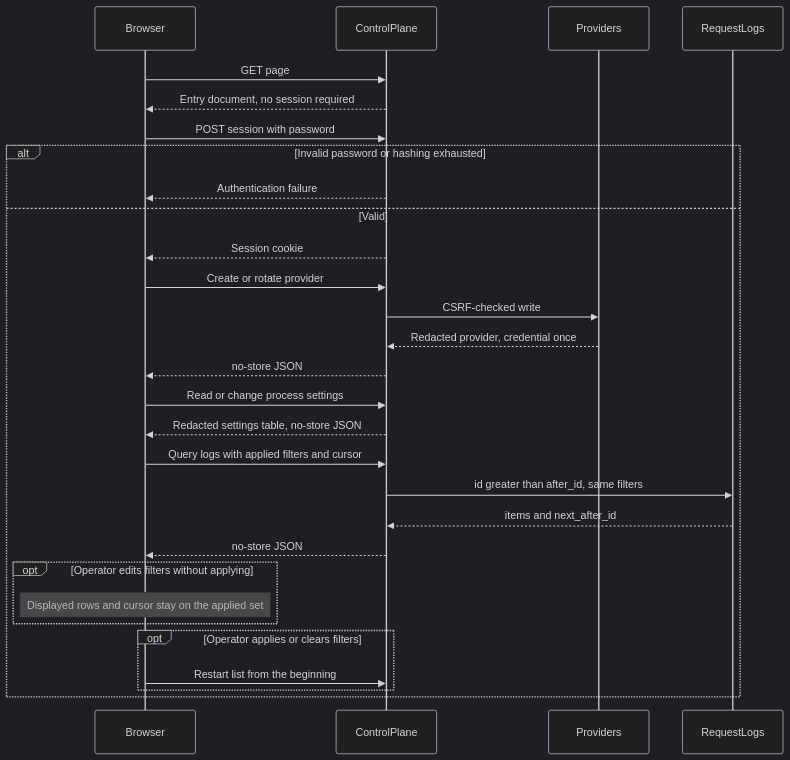
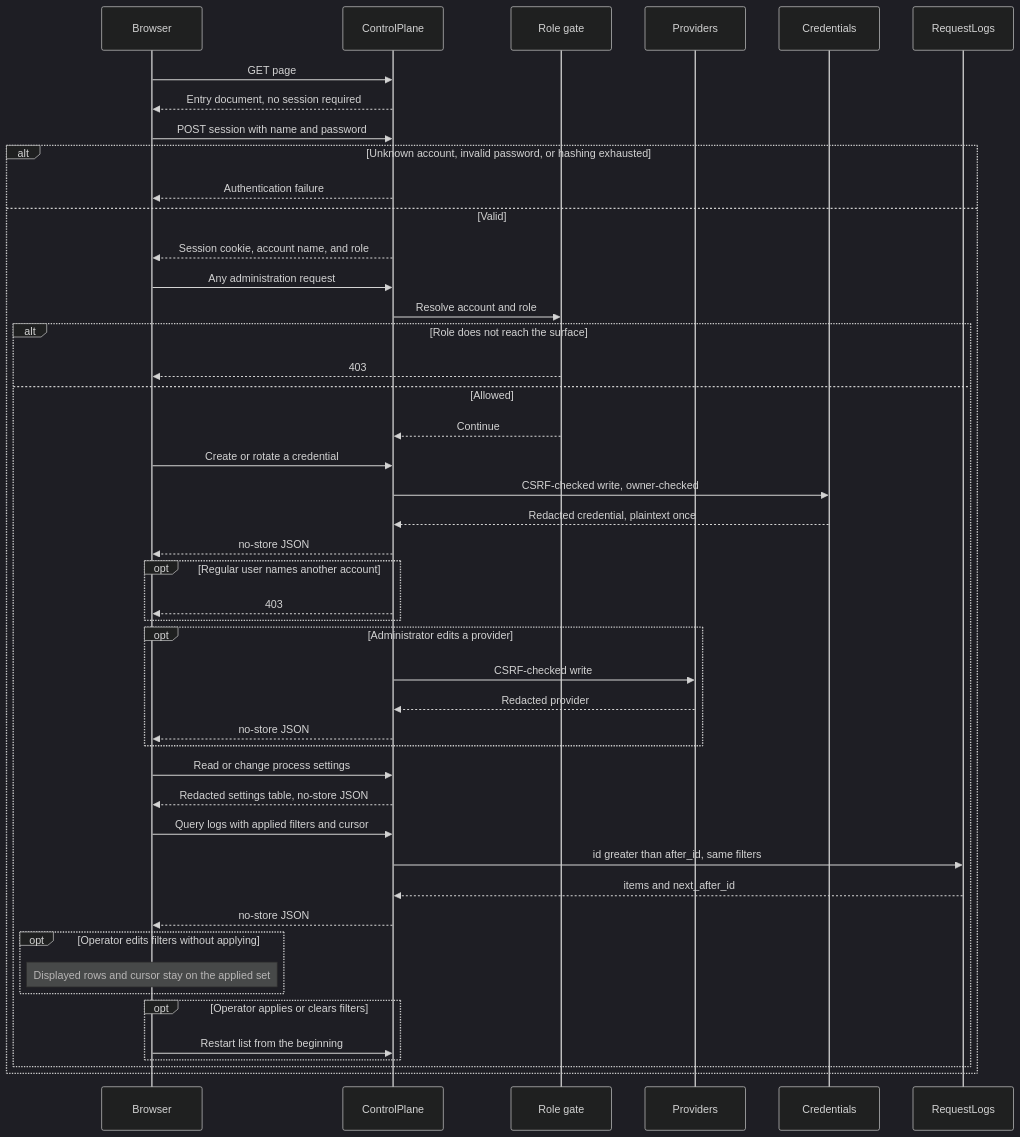
The diagram in doc/modules/administration.md (sequencestream/tokenstream), drawn with Mermaid (dark theme) before and after one commit. The commit also changed other lines of this file and 64 other files, not shown here.

````diff
--- a/doc/modules/administration.md
+++ b/doc/modules/administration.md
@@ -23,32 +29,49 @@
 ```mermaid
 sequenceDiagram
     participant B as Browser
     participant C as ControlPlane
+    participant G as Role gate
     participant P as Providers
+    participant K as Credentials
     participant Logs as RequestLogs
 
     B->>C: GET page
     C-->>B: Entry document, no session required
-    B->>C: POST session with password
-    alt Invalid password or hashing exhausted
+    B->>C: POST session with name and password
+    alt Unknown account, invalid password, or hashing exhausted
         C-->>B: Authentication failure
     else Valid
-        C-->>B: Session cookie
-        B->>C: Create or rotate provider
-        C->>P: CSRF-checked write
-        P-->>C: Redacted provider, credential once
-        C-->>B: no-store JSON
-        B->>C: Read or change process settings
-        C-->>B: Redacted settings table, no-store JSON
-        B->>C: Query logs with applied filters and cursor
-        C->>Logs: id greater than after_id, same filters
-        Logs-->>C: items and next_after_id
-        C-->>B: no-store JSON
-        opt Operator edits filters without applying
-            Note over B: Displayed rows and cursor stay on the applied set
-        end
-        opt Operator applies or clears filters
-            B->>C: Restart list from the beginning
+        C-->>B: Session cookie, account name, and role
+        B->>C: Any administration request
+        C->>G: Resolve account and role
+        alt Role does not reach the surface
+            G-->>B: 403
+        else Allowed
+            G-->>C: Continue
+            B->>C: Create or rotate a credential
+            C->>K: CSRF-checked write, owner-checked
+            K-->>C: Redacted credential, plaintext once
+            C-->>B: no-store JSON
+            opt Regular user names another account
+                C-->>B: 403
+            end
+            opt Administrator edits a provider
+                C->>P: CSRF-checked write
+                P-->>C: Redacted provider
+                C-->>B: no-store JSON
+            end
+            B->>C: Read or change process settings
+            C-->>B: Redacted settings table, no-store JSON
+            B->>C: Query logs with applied filters and cursor
+            C->>Logs: id greater than after_id, same filters
+            Logs-->>C: items and next_after_id
+            C-->>B: no-store JSON
+            opt Operator edits filters without applying
+                Note over B: Displayed rows and cursor stay on the applied set
+            end
+            opt Operator applies or clears filters
+                B->>C: Restart list from the beginning
+            end
         end
     end
 ```
````
